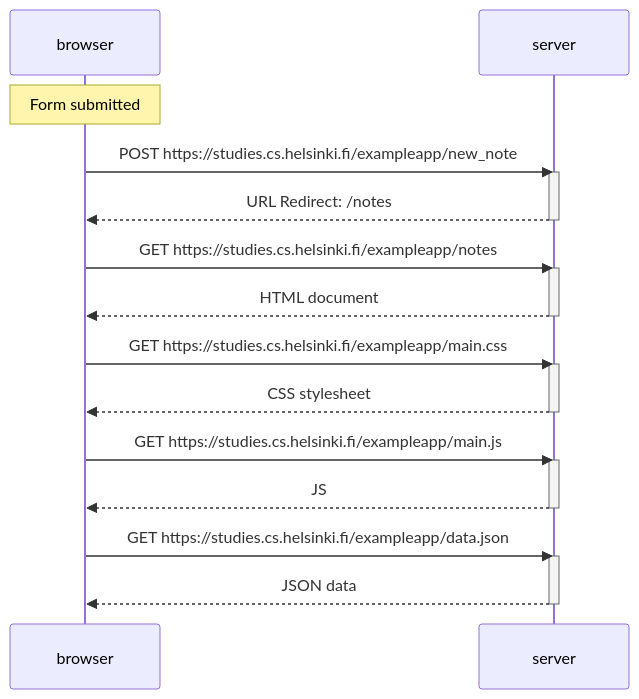
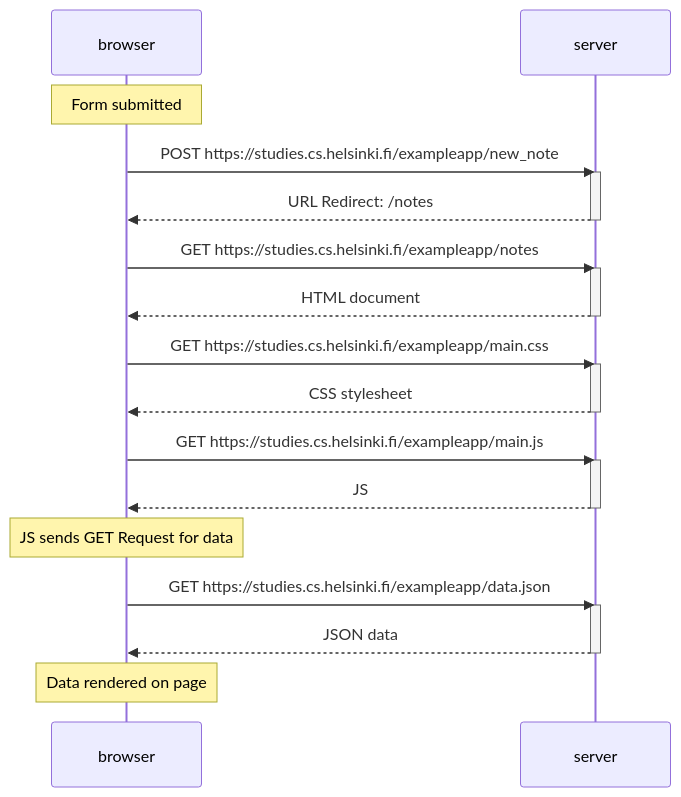
The diagram in New note diagram.md (CastillejaCode/fullstackopen-part0), drawn with Mermaid before and after one commit.

Commit message:
Update New note diagram.md

````diff
--- a/New note diagram.md
+++ b/New note diagram.md
@@ -1,32 +1,34 @@
 ```mermaid
 
 sequenceDiagram
   participant browser
   participant server
   
   note over browser: Form submitted
   browser ->> server: POST https://studies.cs.helsinki.fi/exampleapp/new_note
   activate server
   server -->> browser: URL Redirect: /notes
   deactivate server
 
   browser ->> server: GET https://studies.cs.helsinki.fi/exampleapp/notes
   activate server
   server -->> browser: HTML document
     deactivate server
 
  browser ->> server: GET https://studies.cs.helsinki.fi/exampleapp/main.css
   activate server
   server -->> browser: CSS stylesheet
 deactivate server   
 
  browser->>server: GET https://studies.cs.helsinki.fi/exampleapp/main.js
     activate server
     server-->>browser: JS
     deactivate server
+    note over browser: JS sends GET Request for data
 
  browser->>server: GET https://studies.cs.helsinki.fi/exampleapp/data.json
     activate server
     server-->>browser: JSON data
     deactivate server
+    note over browser: Data rendered on page
  ```
````
